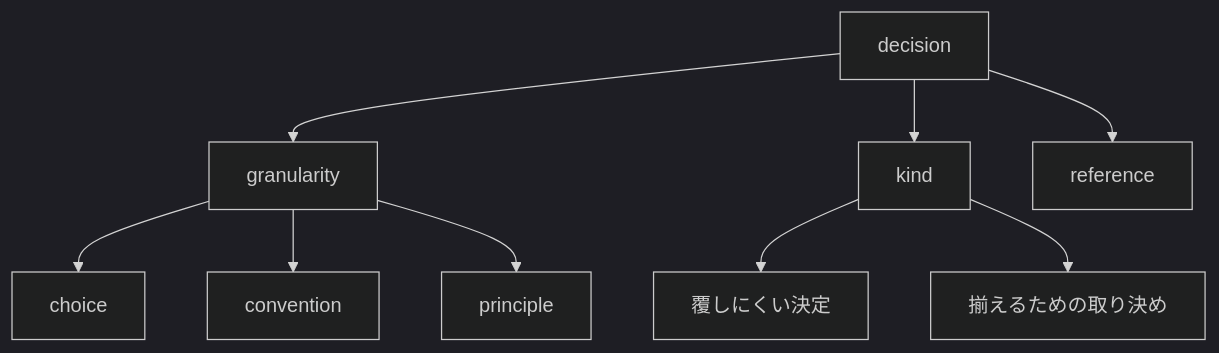
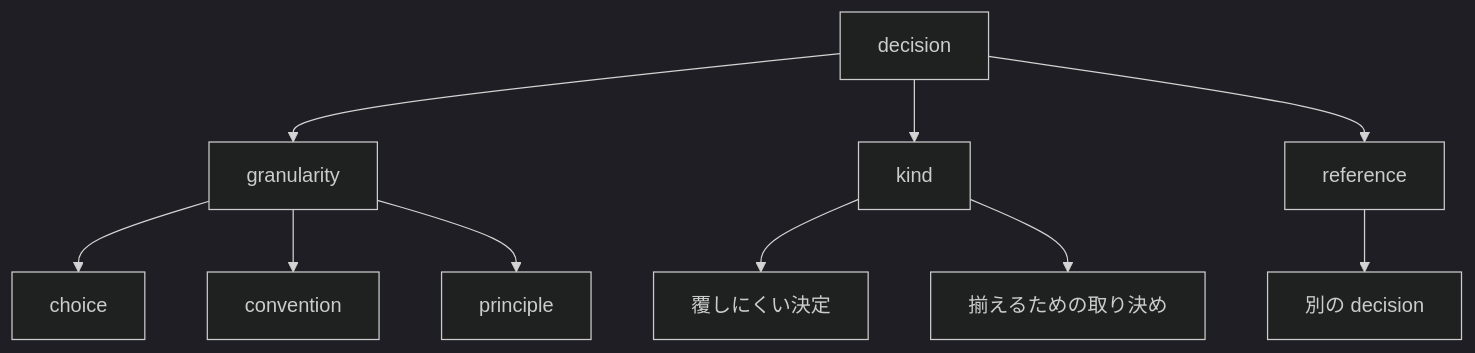
Before and after one commit to gameundwatch/codifier: the first of 2 diagrams in docs/archivist/L3_structures/decision-attributes.md, drawn with Mermaid (dark theme).

Commit message:
fix: decision-attributes D1 の prose と図を合わせる
「参照だけが他の決断を指す」と書きながら、図に辺が無かった。
reference から別の decision への辺を足す。

Claude-Session: https://claude.ai/code/session_01WRWegrRVb23PDzT6b4r57N

````diff
--- a/docs/archivist/L3_structures/decision-attributes.md
+++ b/docs/archivist/L3_structures/decision-attributes.md
@@ -9,12 +9,13 @@
 ```mermaid
 flowchart TD
     D[decision]
     D --> G[granularity]
     D --> K[kind]
     D --> R[reference]
     G --> G1[choice]
     G --> G2[convention]
     G --> G3[principle]
     K --> K1[覆しにくい決定]
     K --> K2[揃えるための取り決め]
+    R --> D2[別の decision]
 ```
````
